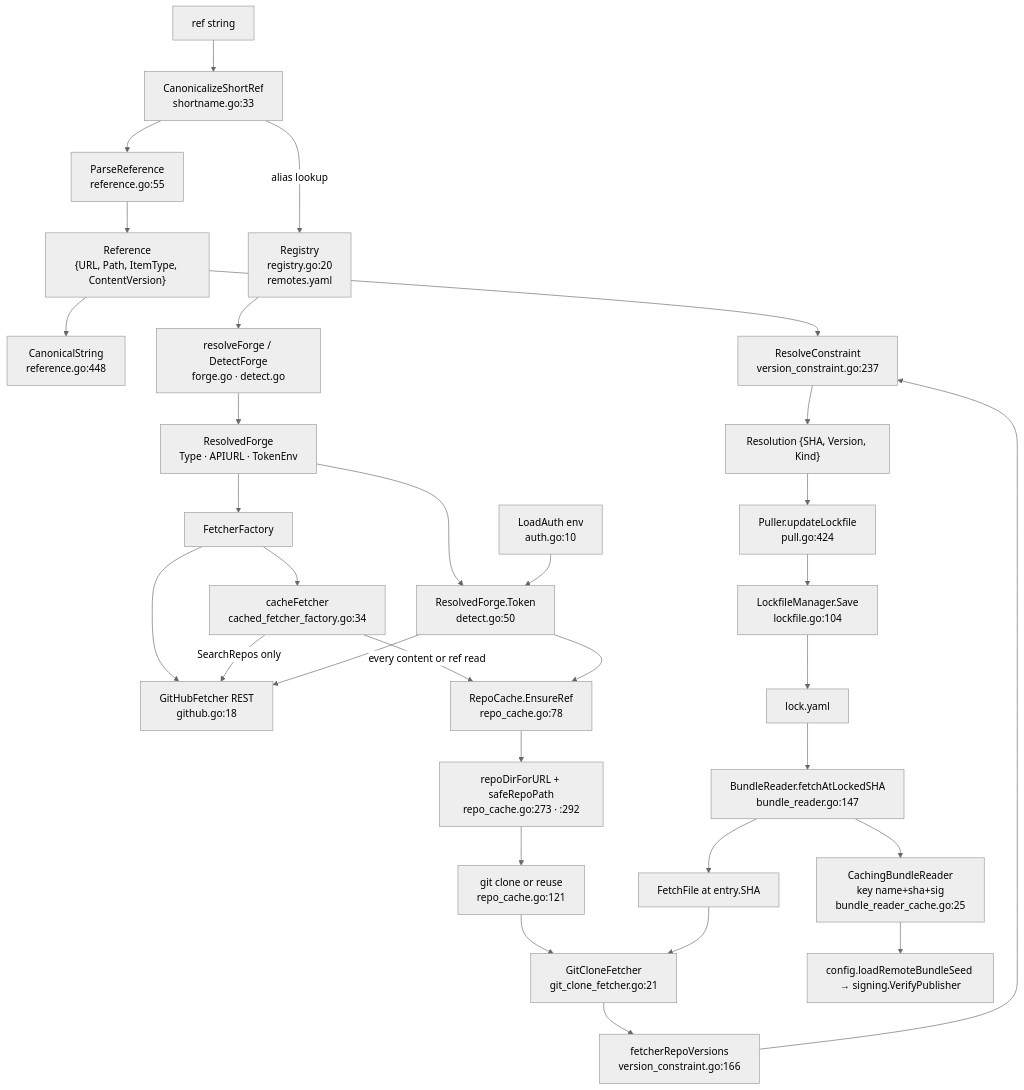
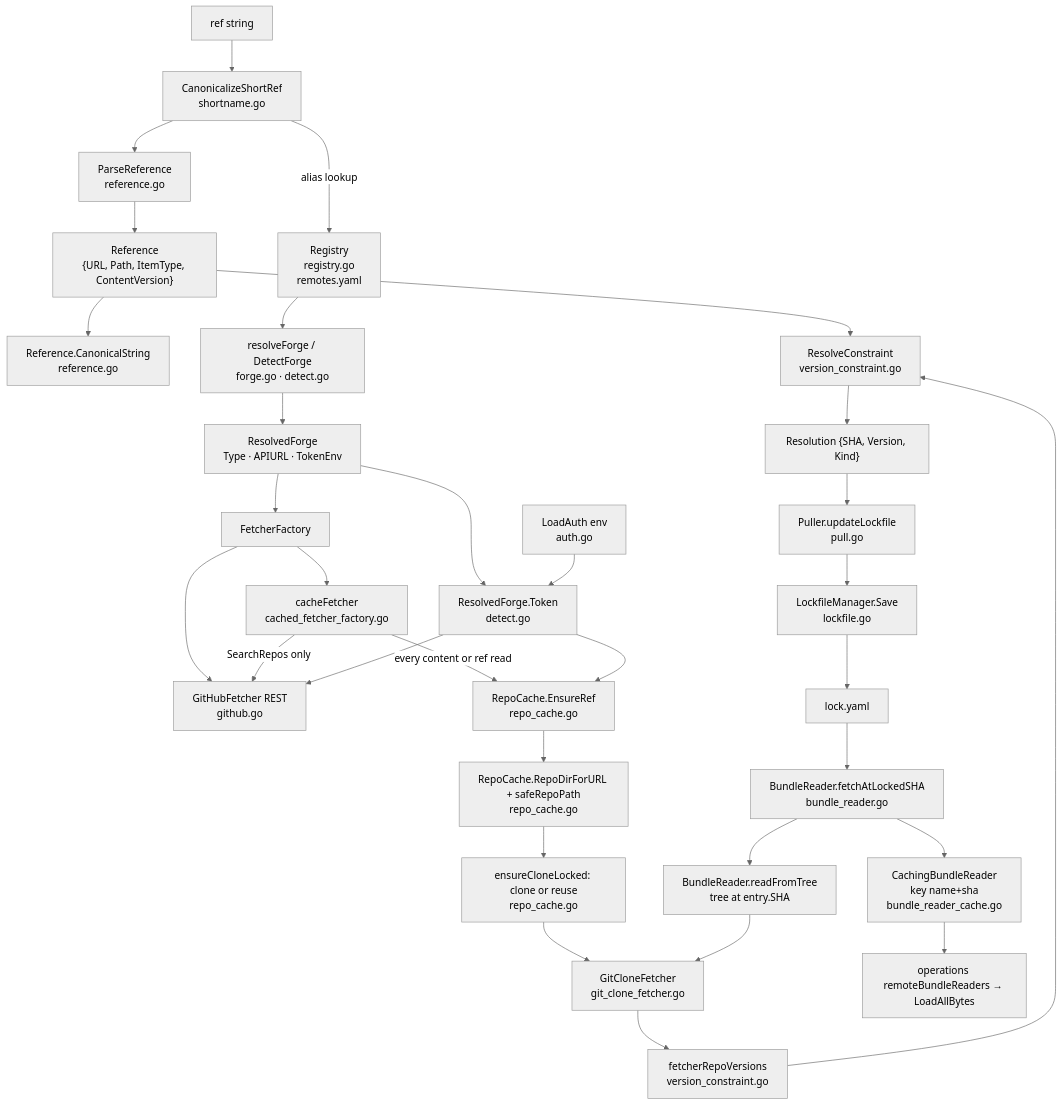
The diagram in docs/architecture/core/remote.md (ctxloom/ctxloom), drawn with Mermaid (neutral theme) before and after one commit. The commit also changed other lines of this file, not shown here.

First line of the commit message:
docs(remote): cite symbols, not line numbers; drop claims the tree-bundle design falsified

````diff
--- a/docs/architecture/core/remote.md
+++ b/docs/architecture/core/remote.md
@@ -53,40 +51,40 @@
 ```mermaid
 flowchart TD
-    REF["ref string"] --> CSR["CanonicalizeShortRef<br/>shortname.go:33"]
-    CSR --> PR["ParseReference<br/>reference.go:55"]
+    REF["ref string"] --> CSR["CanonicalizeShortRef<br/>shortname.go"]
+    CSR --> PR["ParseReference<br/>reference.go"]
     PR --> REFV["Reference<br/>{URL, Path, ItemType, ContentVersion}"]
-    REFV --> CS["CanonicalString<br/>reference.go:448"]
+    REFV --> CS["Reference.CanonicalString<br/>reference.go"]
 
-    CSR -->|alias lookup| REG["Registry<br/>registry.go:20<br/>remotes.yaml"]
+    CSR -->|alias lookup| REG["Registry<br/>registry.go<br/>remotes.yaml"]
     REG --> FORGE["resolveForge / DetectForge<br/>forge.go · detect.go"]
     FORGE --> RFG["ResolvedForge<br/>Type · APIURL · TokenEnv"]
-    RFG --> TOK["ResolvedForge.Token<br/>detect.go:50"]
-    AUTH["LoadAuth env<br/>auth.go:10"] --> TOK
+    RFG --> TOK["ResolvedForge.Token<br/>detect.go"]
+    AUTH["LoadAuth env<br/>auth.go"] --> TOK
 
     RFG --> FF["FetcherFactory"]
-    FF --> CFAC["cacheFetcher<br/>cached_fetcher_factory.go:34"]
-    FF --> GHF["GitHubFetcher REST<br/>github.go:18"]
-    CFAC -->|"every content or ref read"| RCACHE["RepoCache.EnsureRef<br/>repo_cache.go:78"]
+    FF --> CFAC["cacheFetcher<br/>cached_fetcher_factory.go"]
+    FF --> GHF["GitHubFetcher REST<br/>github.go"]
+    CFAC -->|"every content or ref read"| RCACHE["RepoCache.EnsureRef<br/>repo_cache.go"]
     CFAC -->|"SearchRepos only"| GHF
     TOK --> RCACHE
     TOK --> GHF
 
-    RCACHE --> DIR["repoDirForURL + safeRepoPath<br/>repo_cache.go:273 · :292"]
-    DIR --> CLONE["git clone or reuse<br/>repo_cache.go:121"]
-    CLONE --> GCF["GitCloneFetcher<br/>git_clone_fetcher.go:21"]
+    RCACHE --> DIR["RepoCache.RepoDirForURL + safeRepoPath<br/>repo_cache.go"]
+    DIR --> CLONE["ensureCloneLocked: clone or reuse<br/>repo_cache.go"]
+    CLONE --> GCF["GitCloneFetcher<br/>git_clone_fetcher.go"]
 
-    REFV --> RC["ResolveConstraint<br/>version_constraint.go:237"]
-    GCF --> FRV["fetcherRepoVersions<br/>version_constraint.go:166"]
+    REFV --> RC["ResolveConstraint<br/>version_constraint.go"]
+    GCF --> FRV["fetcherRepoVersions<br/>version_constraint.go"]
     FRV --> RC
     RC --> RES["Resolution {SHA, Version, Kind}"]
 
-    RES --> UL["Puller.updateLockfile<br/>pull.go:424"]
-    UL --> LM["LockfileManager.Save<br/>lockfile.go:104"]
+    RES --> UL["Puller.updateLockfile<br/>pull.go"]
+    UL --> LM["LockfileManager.Save<br/>lockfile.go"]
     LM --> LOCK["lock.yaml"]
 
-    LOCK --> BR["BundleReader.fetchAtLockedSHA<br/>bundle_reader.go:147"]
-    BR --> FRB["FetchFile at entry.SHA"]
-    FRB --> GCF
-    BR --> CBR["CachingBundleReader<br/>key name+sha+sig<br/>bundle_reader_cache.go:25"]
-    CBR --> CONS["config.loadRemoteBundleSeed → signing.VerifyPublisher"]
+    LOCK --> BR["BundleReader.fetchAtLockedSHA<br/>bundle_reader.go"]
+    BR --> FRT["BundleReader.readFromTree<br/>tree at entry.SHA"]
+    FRT --> GCF
+    BR --> CBR["CachingBundleReader<br/>key name+sha<br/>bundle_reader_cache.go"]
+    CBR --> CONS["operations remoteBundleReaders → LoadAllBytes"]
 ```
````
